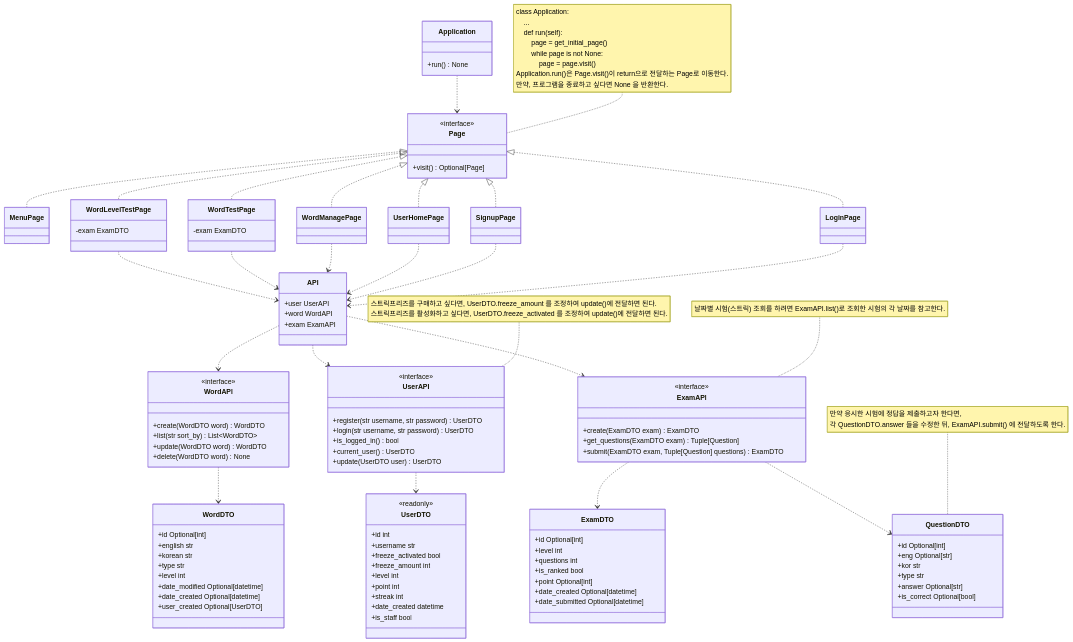
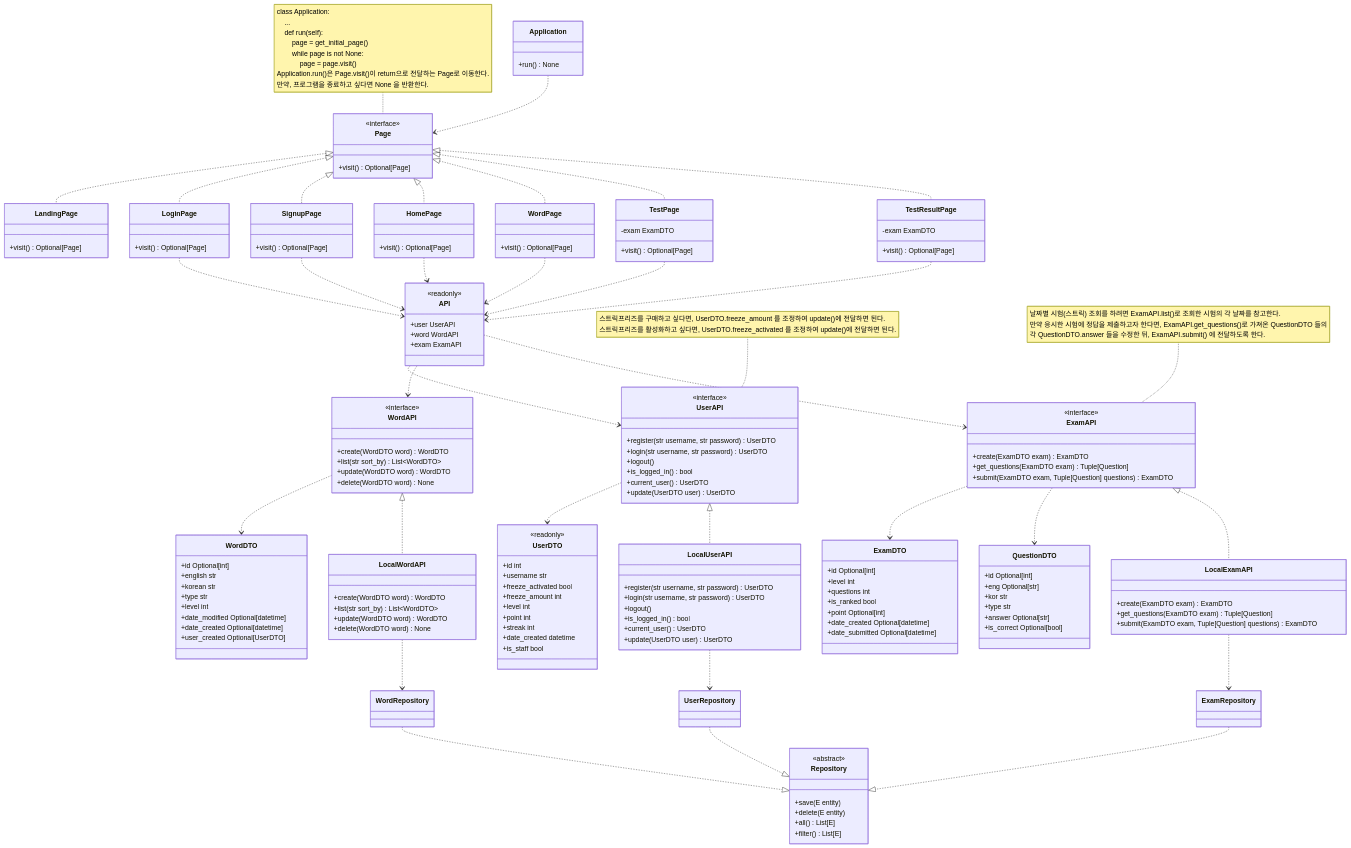
Before and after one commit to smu-devoops/otoeic-fe-cli: the diagram in README.md, drawn with Mermaid.

Commit message:
doc: Class Diagram 누락된 항목 보강 및 일부 페이지 명 수정

````diff
--- a/README.md
+++ b/README.md
@@ -16,13 +16,14 @@
 class Page
 <<interface>> Page
 Page : +visit() Optional[Page]
-Page <|.. MenuPage
+Page <|.. LandingPage
 Page <|.. LoginPage
 Page <|.. SignupPage
-Page <|.. UserHomePage
-Page <|.. WordManagePage
-Page <|.. WordTestPage
-Page <|.. WordLevelTestPage
+Page <|.. HomePage
+Page <|.. WordPage
+Page <|.. TestPage
+Page <|.. TestResultPage
+
 note for Page "class Application:
 &nbsp;&nbsp;&nbsp;&nbsp;...
 &nbsp;&nbsp;&nbsp;&nbsp;def run(self):
@@ -34,19 +35,27 @@
 만약, 프로그램을 종료하고 싶다면 None 을 반환한다."
 
 
+LandingPage : +visit() Optional[Page]
+
 LoginPage ..> API
+LoginPage : +visit() Optional[Page]
 
 SignupPage ..> API
+SignupPage : +visit() Optional[Page]
 
-UserHomePage ..> API
+HomePage ..> API
+HomePage : +visit() Optional[Page]
 
-WordManagePage ..> API
+WordPage ..> API
+WordPage : +visit() Optional[Page]
 
-WordTestPage ..> API
-WordTestPage : -exam ExamDTO
+TestPage ..> API
+TestPage : +visit() Optional[Page]
+TestPage : -exam ExamDTO
 
-WordLevelTestPage ..> API
-WordLevelTestPage : -exam ExamDTO
+TestResultPage ..> API
+TestResultPage : +visit() Optional[Page]
+TestResultPage : -exam ExamDTO
 
 
 class UserDTO
@@ -90,11 +99,10 @@
 QuestionDTO : +type str
 QuestionDTO : +answer Optional[str]
 QuestionDTO : +is_correct Optional[bool]
-note for QuestionDTO "만약 응시한 시험에 정답을 제출하고자 한다면,
-각 QuestionDTO.answer 들을 수정한 뒤, ExamAPI.submit() 에 전달하도록 한다."
 
 
 class API
+<<readonly>> API
 API : +user UserAPI
 API : +word WordAPI
 API : +exam ExamAPI
@@ -107,10 +115,13 @@
 <<interface>> UserAPI
 UserAPI : +register(str username, str password) UserDTO
 UserAPI : +login(str username, str password) UserDTO
+UserAPI : +logout()
 UserAPI : +is_logged_in() bool
 UserAPI : +current_user() UserDTO
 UserAPI : +update(UserDTO user) UserDTO
 UserAPI ..> UserDTO
+UserAPI <|.. LocalUserAPI
+
 note for UserAPI "스트릭프리즈를 구매하고 싶다면, UserDTO.freeze_amount 를 조정하여 update()에 전달하면 된다.
 스트릭프리즈를 활성화하고 싶다면, UserDTO.freeze_activated 를 조정하여 update()에 전달하면 된다."
 
@@ -122,6 +133,7 @@
 WordAPI : +update(WordDTO word) WordDTO
 WordAPI : +delete(WordDTO word) None
 WordAPI ..> WordDTO
+WordAPI <|.. LocalWordAPI
 
 
 class ExamAPI
@@ -131,5 +143,48 @@
 ExamAPI : +submit(ExamDTO exam, Tuple[Question] questions) ExamDTO
 ExamAPI ..> ExamDTO
 ExamAPI ..> QuestionDTO
-note for ExamAPI "날짜별 시험(스트릭) 조회를 하려면 ExamAPI.list()로 조회한 시험의 각 날짜를 참고한다."
+ExamAPI <|.. LocalExamAPI
+
+note for ExamAPI "날짜별 시험(스트릭) 조회를 하려면 ExamAPI.list()로 조회한 시험의 각 날짜를 참고한다.
+
+만약 응시한 시험에 정답을 제출하고자 한다면, ExamAPI.get_questions()로 가져온 QuestionDTO 들의
+각 QuestionDTO.answer 들을 수정한 뒤, ExamAPI.submit() 에 전달하도록 한다."
+
+
+class LocalUserAPI
+LocalUserAPI : +register(str username, str password) UserDTO
+LocalUserAPI : +login(str username, str password) UserDTO
+LocalUserAPI : +logout()
+LocalUserAPI : +is_logged_in() bool
+LocalUserAPI : +current_user() UserDTO
+LocalUserAPI : +update(UserDTO user) UserDTO
+LocalUserAPI ..> UserRepository
+
+
+class LocalWordAPI
+LocalWordAPI : +create(WordDTO word) WordDTO
+LocalWordAPI : +list(str sort_by) List~WordDTO~
+LocalWordAPI : +update(WordDTO word) WordDTO
+LocalWordAPI : +delete(WordDTO word) None
+LocalWordAPI ..> WordRepository
+
+
+class LocalExamAPI
+LocalExamAPI : +create(ExamDTO exam) ExamDTO
+LocalExamAPI : +get_questions(ExamDTO exam) Tuple[Question]
+LocalExamAPI : +submit(ExamDTO exam, Tuple[Question] questions) ExamDTO
+LocalExamAPI ..> ExamRepository
+
+
+UserRepository ..|> Repository
+WordRepository ..|> Repository
+ExamRepository ..|> Repository
+
+
+class Repository~E~
+<<abstract>> Repository
+Repository : +save(E entity)
+Repository : +delete(E entity)
+Repository : +all() List[E]
+Repository : +filter() List[E]
 ```
````
